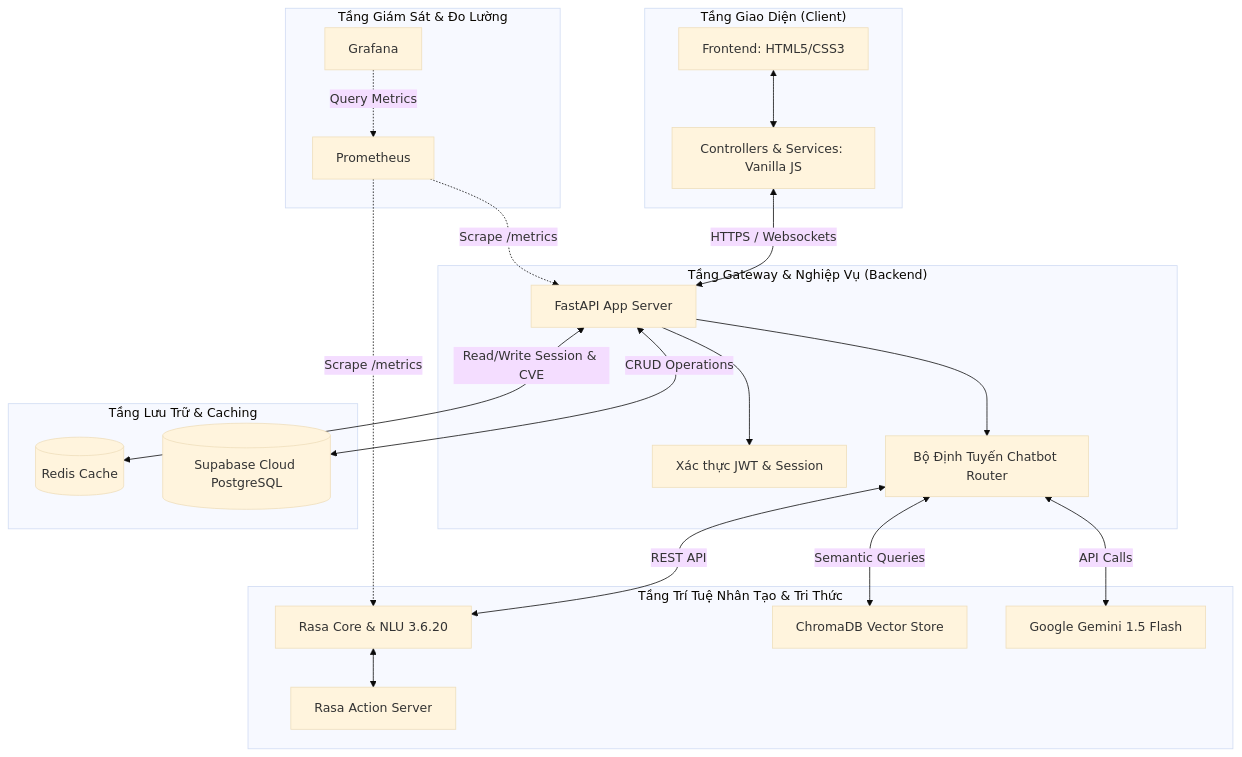
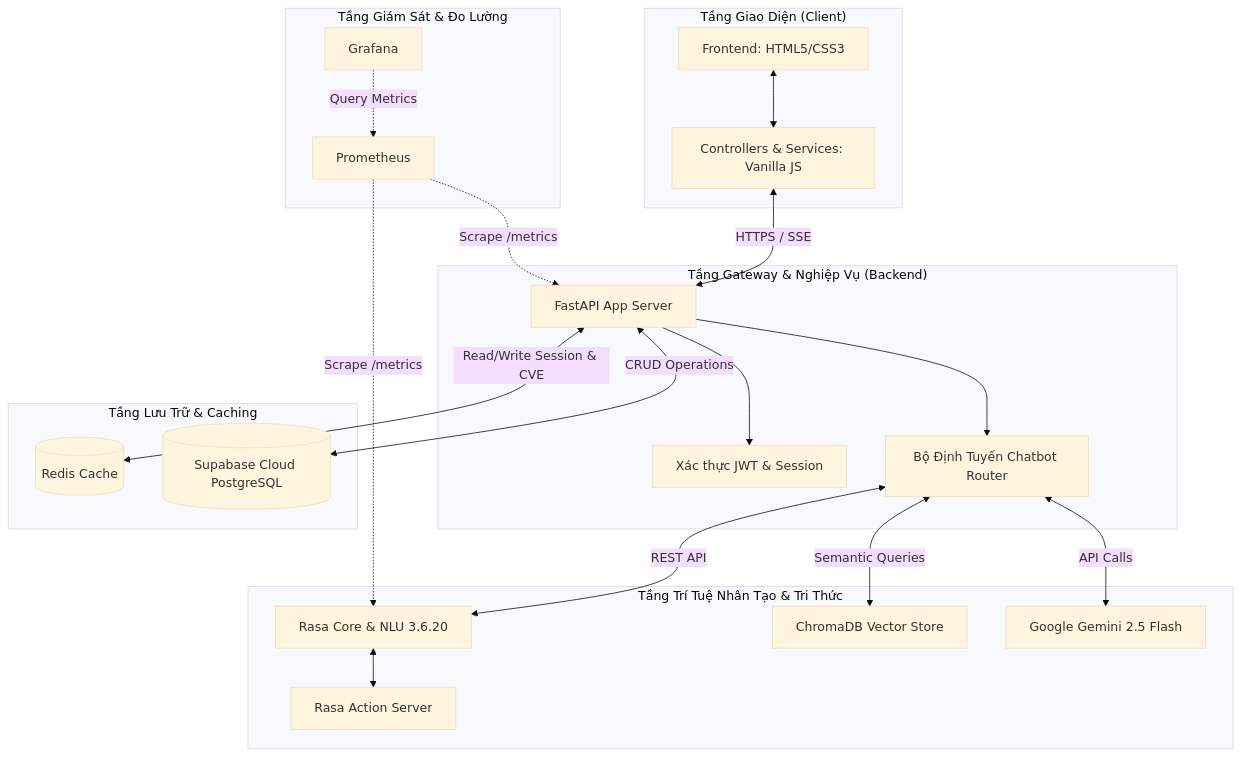
Before and after one commit to ntthanh222/DACNPM: the first of 2 diagrams in docs/architecture.md, drawn with Mermaid (base theme). The commit also changed other lines of this file and 236 other files, not shown here.

````diff
--- a/docs/architecture.md
+++ b/docs/architecture.md
@@ -11,50 +16,50 @@
 ```mermaid
 graph TB
     %% Layers Definition
     subgraph UI_Layer ["Tầng Giao Diện (Client)"]
         HTML[Frontend: HTML5/CSS3]
         JS[Controllers & Services: Vanilla JS]
         HTML <--> JS
     end
 
     subgraph API_Layer ["Tầng Gateway & Nghiệp Vụ (Backend)"]
         FastAPI[FastAPI App Server]
         Auth[Xác thực JWT & Session]
         Router[Bộ Định Tuyến Chatbot Router]
         
         FastAPI --> Auth
         FastAPI --> Router
     end
 
     subgraph AI_Layer ["Tầng Trí Tuệ Nhân Tạo & Tri Thức"]
         Rasa[Rasa Core & NLU 3.6.20]
         Actions[Rasa Action Server]
         Chroma[ChromaDB Vector Store]
-        Gemini[Google Gemini 1.5 Flash]
+        Gemini[Google Gemini 2.5 Flash]
         
         Rasa <--> Actions
     end
 
     subgraph Storage_Layer ["Tầng Lưu Trữ & Caching"]
         Redis[(Redis Cache)]
         Postgres[(Supabase Cloud PostgreSQL)]
     end
 
     subgraph Telemetry_Layer ["Tầng Giám Sát & Đo Lường"]
         Prom[Prometheus]
         Graf[Grafana]
     end
 
     %% Interactions
-    JS <-->|HTTPS / Websockets| FastAPI
+    JS <-->|HTTPS / SSE| FastAPI
     Router <-->|REST API| Rasa
     Router <-->|Semantic Queries| Chroma
     Router <-->|API Calls| Gemini
     FastAPI <-->|Read/Write Session & CVE| Redis
     FastAPI <-->|CRUD Operations| Postgres
     
     %% Monitoring collection
     Prom -.->|Scrape /metrics| FastAPI
     Prom -.->|Scrape /metrics| Rasa
     Graf -.->|Query Metrics| Prom
 ```
````
